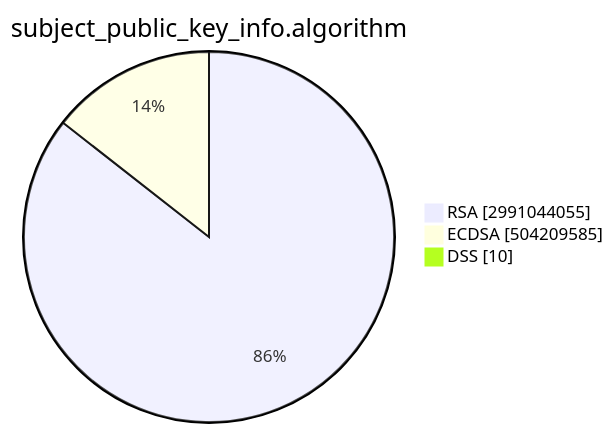
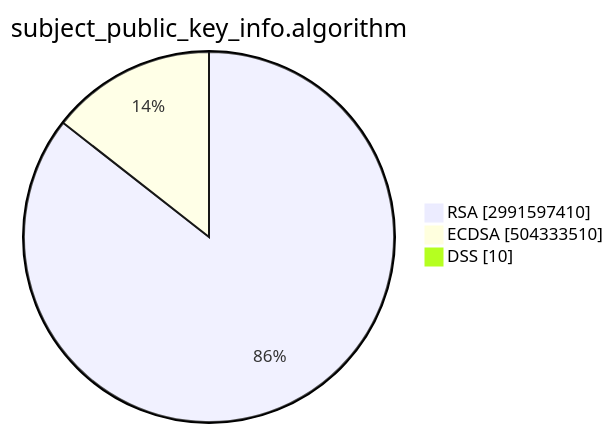
One commit to christiankrug/ctmonitor_visualization changed the second of 15 diagrams in TOTAL/README.md. Above: the diagram before and after it, drawn with Mermaid. The commit also changed other lines of this file, not shown here.

````diff
--- a/TOTAL/README.md
+++ b/TOTAL/README.md
@@ -6,7 +6,7 @@
 ```mermaid
 pie showData
 title subject_public_key_info.algorithm
-"RSA" :2991044055
-"ECDSA" :504209585
+"RSA" :2991597410
+"ECDSA" :504333510
 "DSS" :10
 ```
````
